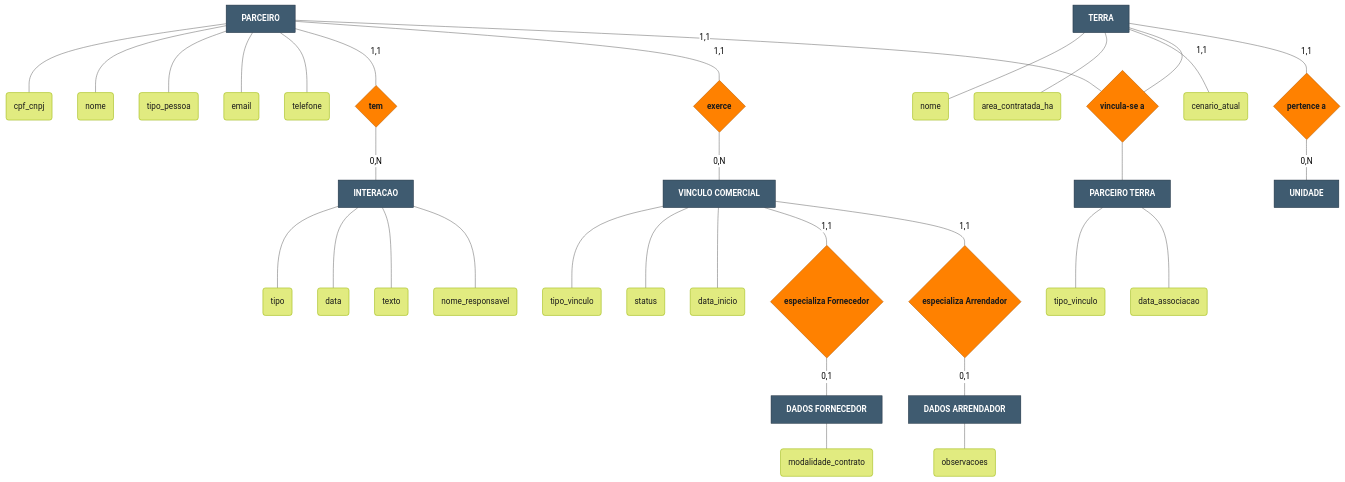
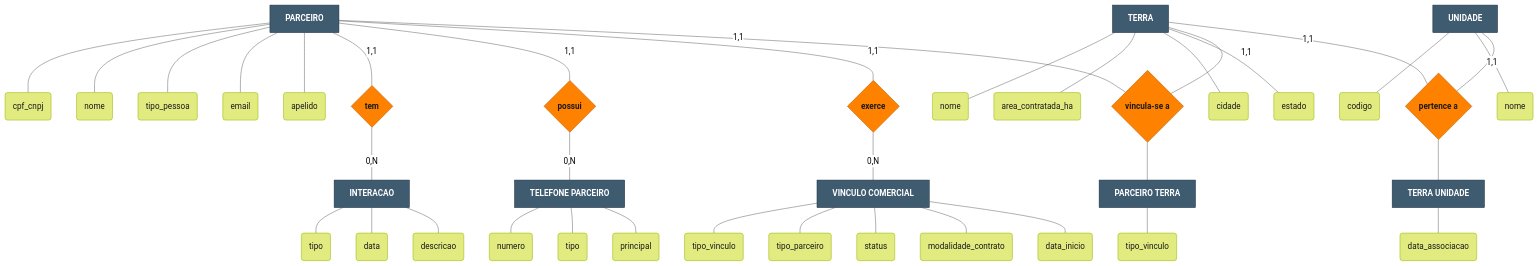
One commit to williamjrmaia/M-dulo-2---Aplica-o-Web-Atvos- changed the first of 3 diagrams in documentos/wad.md. Above: the diagram before and after it, drawn with Mermaid (neutral theme). The commit also changed other lines of this file, not shown here.

````diff
--- a/documentos/wad.md
+++ b/documentos/wad.md
@@ -1112,72 +1114,83 @@
     classDef attr fill:#E1EB80,stroke:#96B400,color:#1a1a1a
 
     PARC[PARCEIRO]:::entity
+    TELEF[TELEFONE PARCEIRO]:::entity
     INTER[INTERACAO]:::entity
     VINC[VINCULO COMERCIAL]:::entity
-    DFORN[DADOS FORNECEDOR]:::entity
-    DARR[DADOS ARRENDADOR]:::entity
     TERR[TERRA]:::entity
     PT[PARCEIRO TERRA]:::entity
+    TU[TERRA UNIDADE]:::entity
     UNID[UNIDADE]:::entity
 
     p1(cpf_cnpj):::attr
     p2(nome):::attr
     p3(tipo_pessoa):::attr
     p4(email):::attr
-    p5(telefone):::attr
+    p5(apelido):::attr
     PARC --- p1
     PARC --- p2
     PARC --- p3
     PARC --- p4
     PARC --- p5
 
+    tel1(numero):::attr
+    tel2(tipo):::attr
+    tel3(principal):::attr
+    TELEF --- tel1
+    TELEF --- tel2
+    TELEF --- tel3
+
     i1(tipo):::attr
     i2(data):::attr
-    i3(texto):::attr
-    i4(nome_responsavel):::attr
+    i3(descricao):::attr
     INTER --- i1
     INTER --- i2
     INTER --- i3
-    INTER --- i4
 
     v1(tipo_vinculo):::attr
-    v2(status):::attr
-    v3(data_inicio):::attr
+    v2(tipo_parceiro):::attr
+    v3(status):::attr
+    v4(modalidade_contrato):::attr
+    v5(data_inicio):::attr
     VINC --- v1
     VINC --- v2
     VINC --- v3
-
-    df1(modalidade_contrato):::attr
-    DFORN --- df1
-
-    da1(observacoes):::attr
-    DARR --- da1
+    VINC --- v4
+    VINC --- v5
 
     t1(nome):::attr
     t2(area_contratada_ha):::attr
-    t3(cenario_atual):::attr
+    t3(cidade):::attr
+    t4(estado):::attr
     TERR --- t1
     TERR --- t2
     TERR --- t3
+    TERR --- t4
 
     pt1(tipo_vinculo):::attr
-    pt2(data_associacao):::attr
     PT --- pt1
-    PT --- pt2
+
+    tu1(data_associacao):::attr
+    TU --- tu1
+
+    un1(codigo):::attr
+    un2(nome):::attr
+    UNID --- un1
+    UNID --- un2
 
     Rtem{tem}:::rel
+    Rtelef{possui}:::rel
     Rexerce{exerce}:::rel
-    Resforn{especializa Fornecedor}:::rel
-    Resarr{especializa Arrendador}:::rel
     Rvinc{vincula-se a}:::rel
     Rpert{pertence a}:::rel
 
     PARC -- "1,1" --- Rtem -- "0,N" --- INTER
+    PARC -- "1,1" --- Rtelef -- "0,N" --- TELEF
     PARC -- "1,1" --- Rexerce -- "0,N" --- VINC
-    VINC -- "1,1" --- Resforn -- "0,1" --- DFORN
-    VINC -- "1,1" --- Resarr -- "0,1" --- DARR
     PARC -- "1,1" --- Rvinc
     TERR -- "1,1" --- Rvinc
     Rvinc --- PT
-    TERR -- "1,1" --- Rpert -- "0,N" --- UNID
+    TERR -- "1,1" --- Rpert
+    UNID -- "1,1" --- Rpert
+    Rpert --- TU
 ```
````
